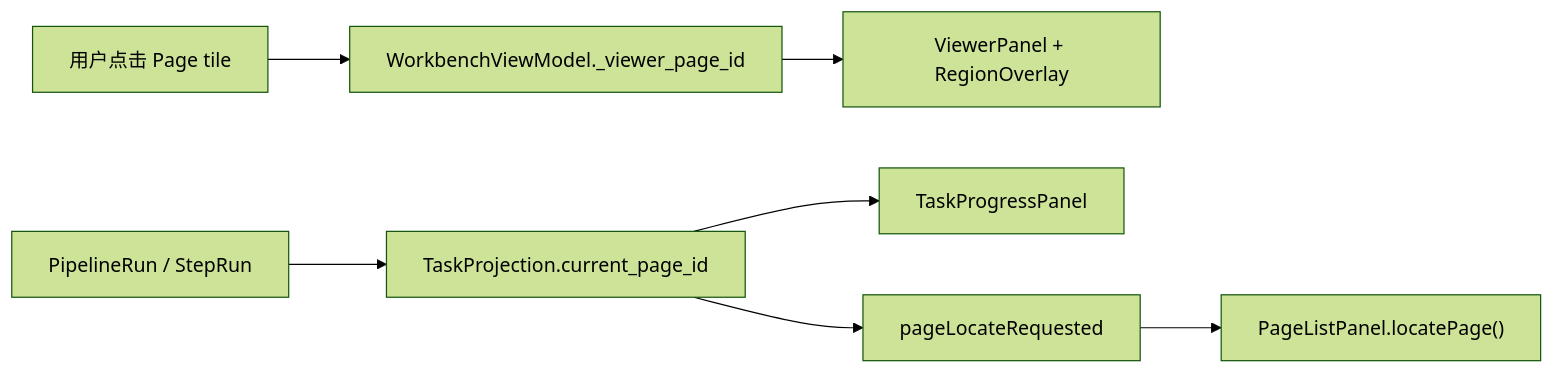
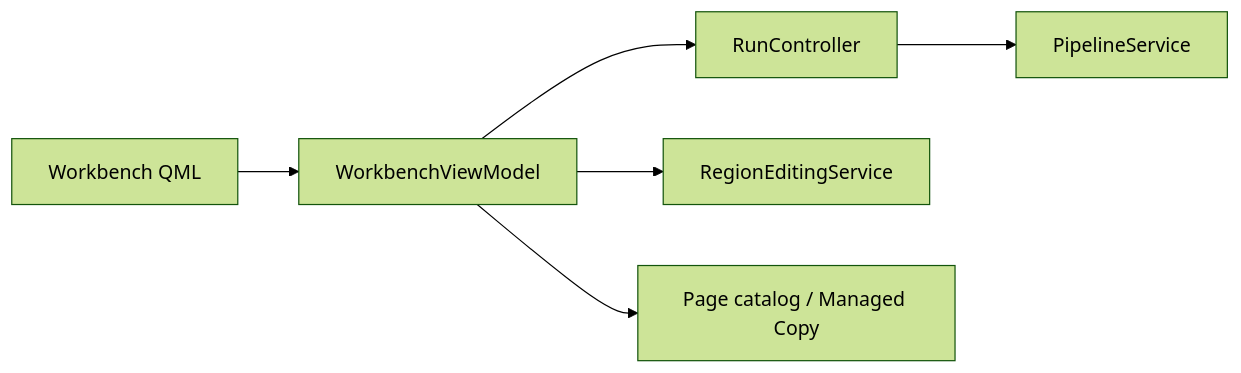
Before and after one commit to peakwheat-pixel/New-Manga: the diagram in wiki/codewiki/workbench_ui.md, drawn with Mermaid (forest theme). The commit also changed other lines of this file and 24 other files, not shown here.

````diff
--- a/wiki/codewiki/workbench_ui.md
+++ b/wiki/codewiki/workbench_ui.md
@@ -181,9 +35,8 @@
 ```mermaid
 flowchart LR
-    User["用户点击 Page tile"] --> ViewerState["WorkbenchViewModel._viewer_page_id"]
-    Run["PipelineRun / StepRun"] --> Projection["TaskProjection.current_page_id"]
-    ViewerState --> Viewer["ViewerPanel + RegionOverlay"]
-    Projection --> Panel["TaskProgressPanel"]
-    Projection --> Locate["pageLocateRequested"]
-    Locate --> PageList["PageListPanel.locatePage()"]
+    QML["Workbench QML"] --> VM["WorkbenchViewModel"]
+    VM --> RUN["RunController"]
+    RUN --> PIPE["PipelineService"]
+    VM --> REGION["RegionEditingService"]
+    VM --> CATALOG["Page catalog / Managed Copy"]
 ```
````
